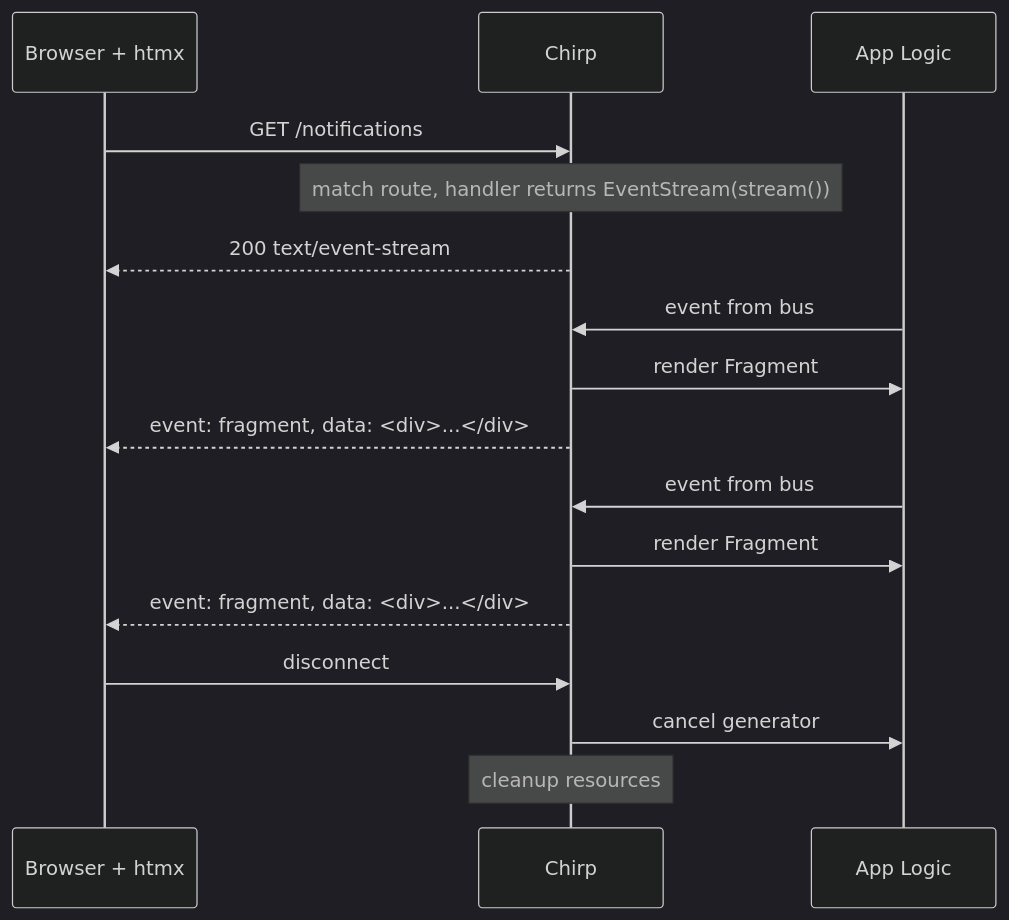
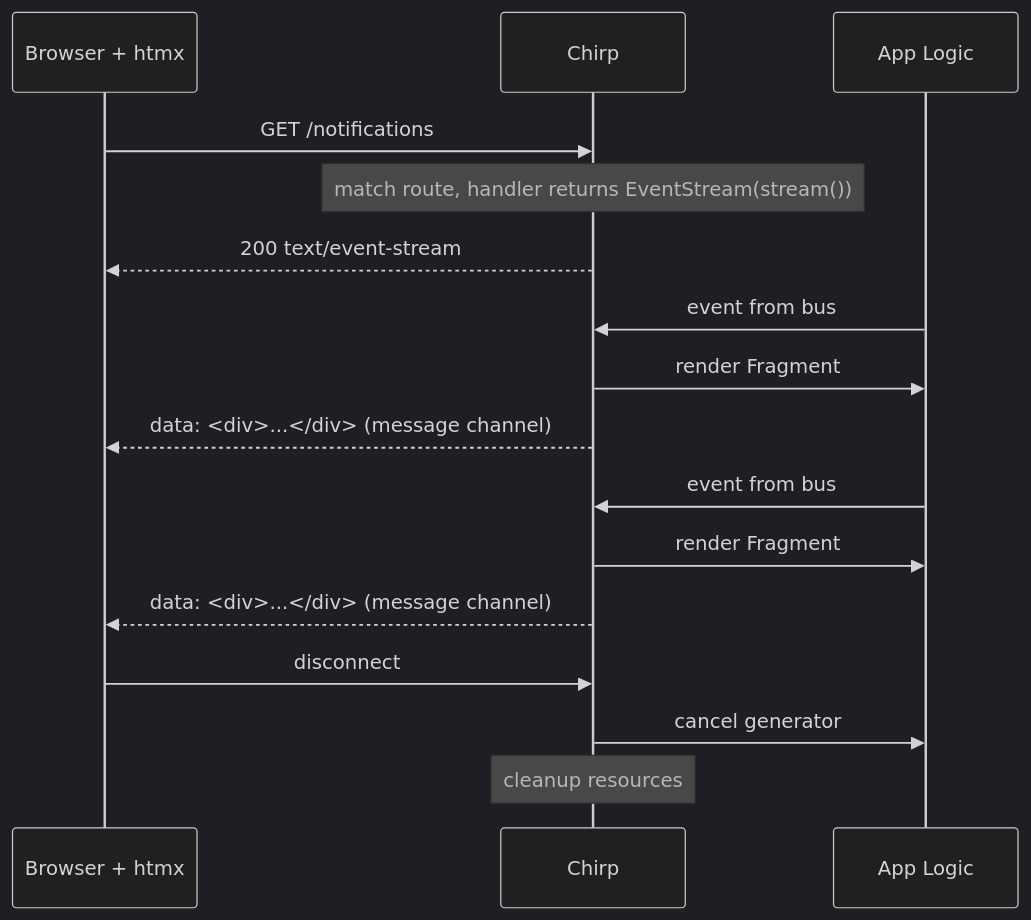
Before and after one commit to lbliii/chirp: the eighth of 9 diagrams in docs/ARD.md, drawn with Mermaid (dark theme). The commit also changed other lines of this file and 1 other file, not shown here.

````diff
--- a/docs/ARD.md
+++ b/docs/ARD.md
@@ -396,22 +395,22 @@
 ```mermaid
 sequenceDiagram
     participant Browser as Browser + htmx
     participant Chirp
     participant App as App Logic
 
     Browser->>Chirp: GET /notifications
     Note over Chirp: match route, handler returns EventStream(stream())
     Chirp-->>Browser: 200 text/event-stream
 
     App->>Chirp: event from bus
     Chirp->>App: render Fragment
-    Chirp-->>Browser: event: fragment, data: <div>...</div>
+    Chirp-->>Browser: data: <div>...</div> (message channel)
 
     App->>Chirp: event from bus
     Chirp->>App: render Fragment
-    Chirp-->>Browser: event: fragment, data: <div>...</div>
+    Chirp-->>Browser: data: <div>...</div> (message channel)
 
     Browser->>Chirp: disconnect
     Chirp->>App: cancel generator
     Note over Chirp: cleanup resources
 ```
````
